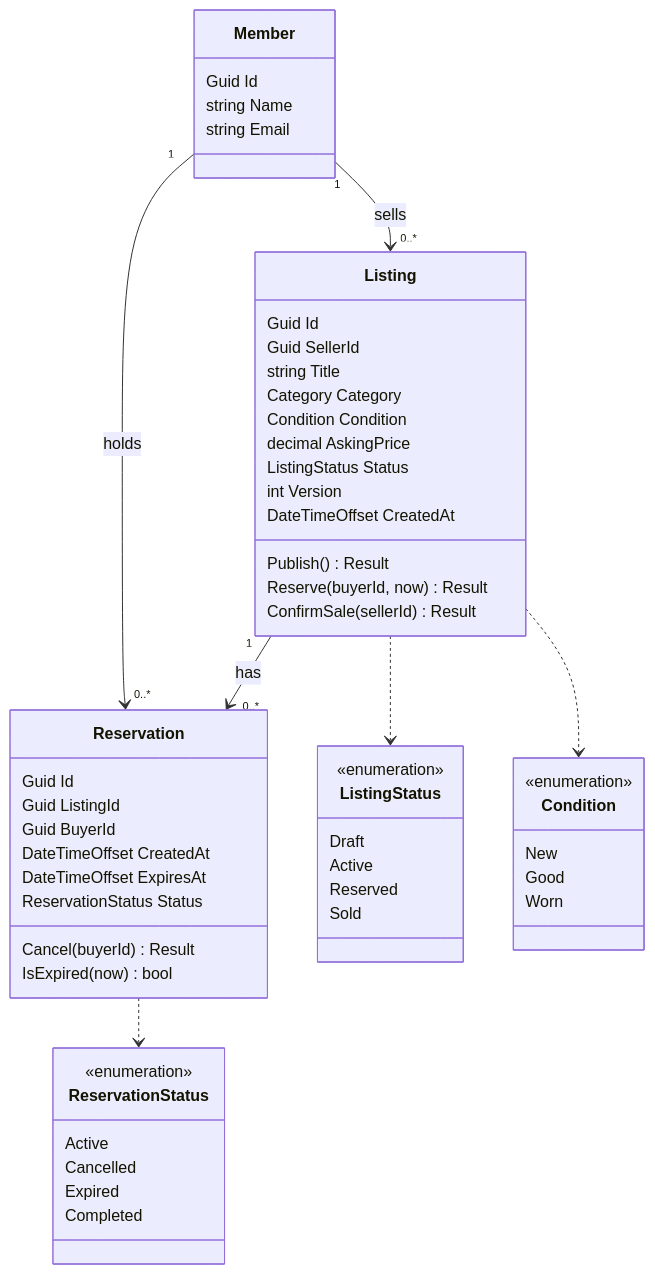
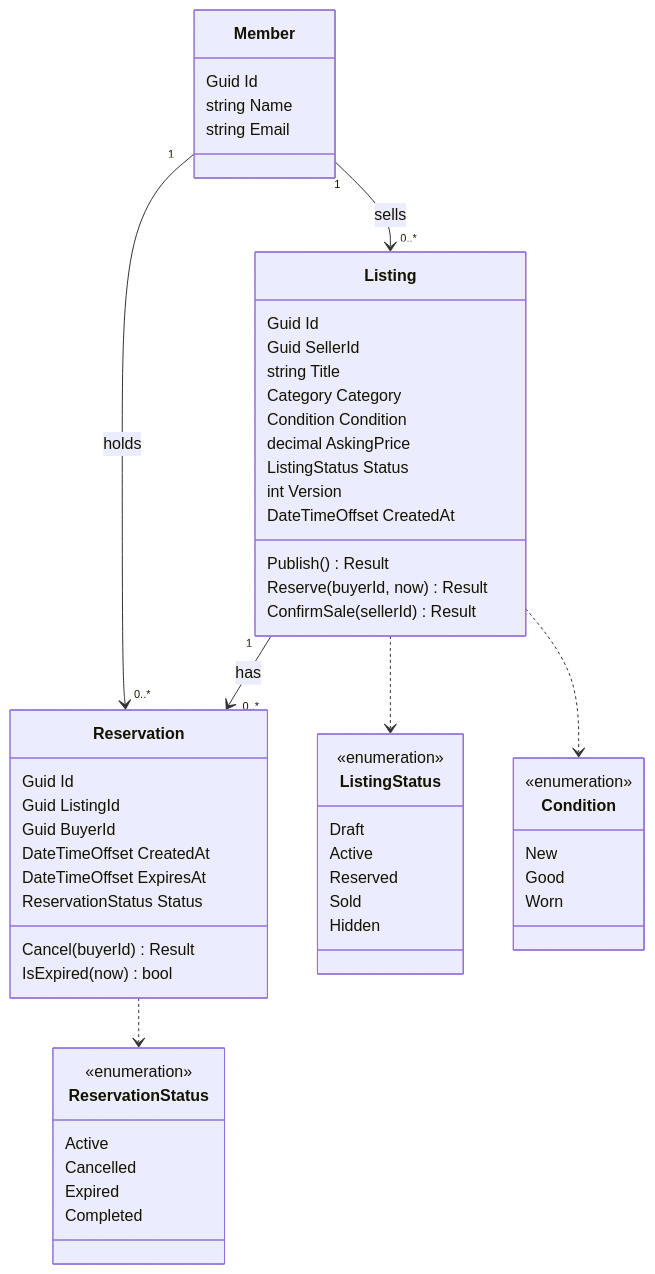
One commit to sara-giulia/campus-app changed the second of 4 diagrams in README.md. Above: the diagram before and after it, drawn with Mermaid. The commit also changed other lines of this file and 36 other files, not shown here.

````diff
--- a/README.md
+++ b/README.md
@@ -341,64 +378,65 @@
 ```mermaid
 classDiagram
     class Member {
         Guid Id
         string Name
         string Email
     }
 
     class Listing {
         Guid Id
         Guid SellerId
         string Title
         Category Category
         Condition Condition
         decimal AskingPrice
         ListingStatus Status
         int Version
         DateTimeOffset CreatedAt
         Publish() Result
         Reserve(buyerId, now) Result
         ConfirmSale(sellerId) Result
     }
 
     class Reservation {
         Guid Id
         Guid ListingId
         Guid BuyerId
         DateTimeOffset CreatedAt
         DateTimeOffset ExpiresAt
         ReservationStatus Status
         Cancel(buyerId) Result
         IsExpired(now) bool
     }
 
     class ListingStatus {
         <<enumeration>>
         Draft
         Active
         Reserved
         Sold
+        Hidden
     }
 
     class Condition {
         <<enumeration>>
         New
         Good
         Worn
     }
 
     class ReservationStatus {
         <<enumeration>>
         Active
         Cancelled
         Expired
         Completed
     }
 
     Member "1" --> "0..*" Listing : sells
     Member "1" --> "0..*" Reservation : holds
     Listing "1" --> "0..*" Reservation : has
     Listing ..> ListingStatus
     Listing ..> Condition
     Reservation ..> ReservationStatus
 ```
````
